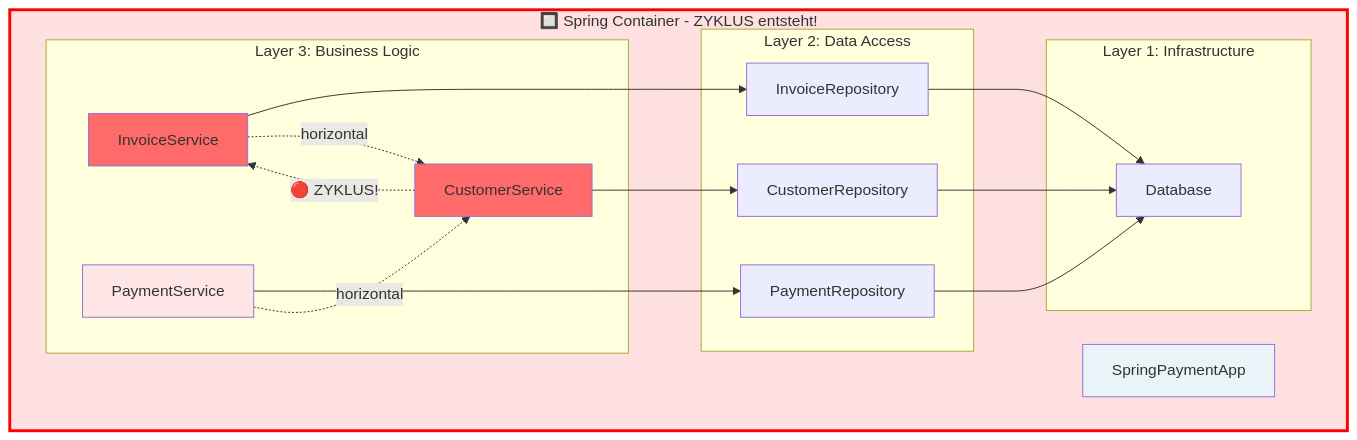
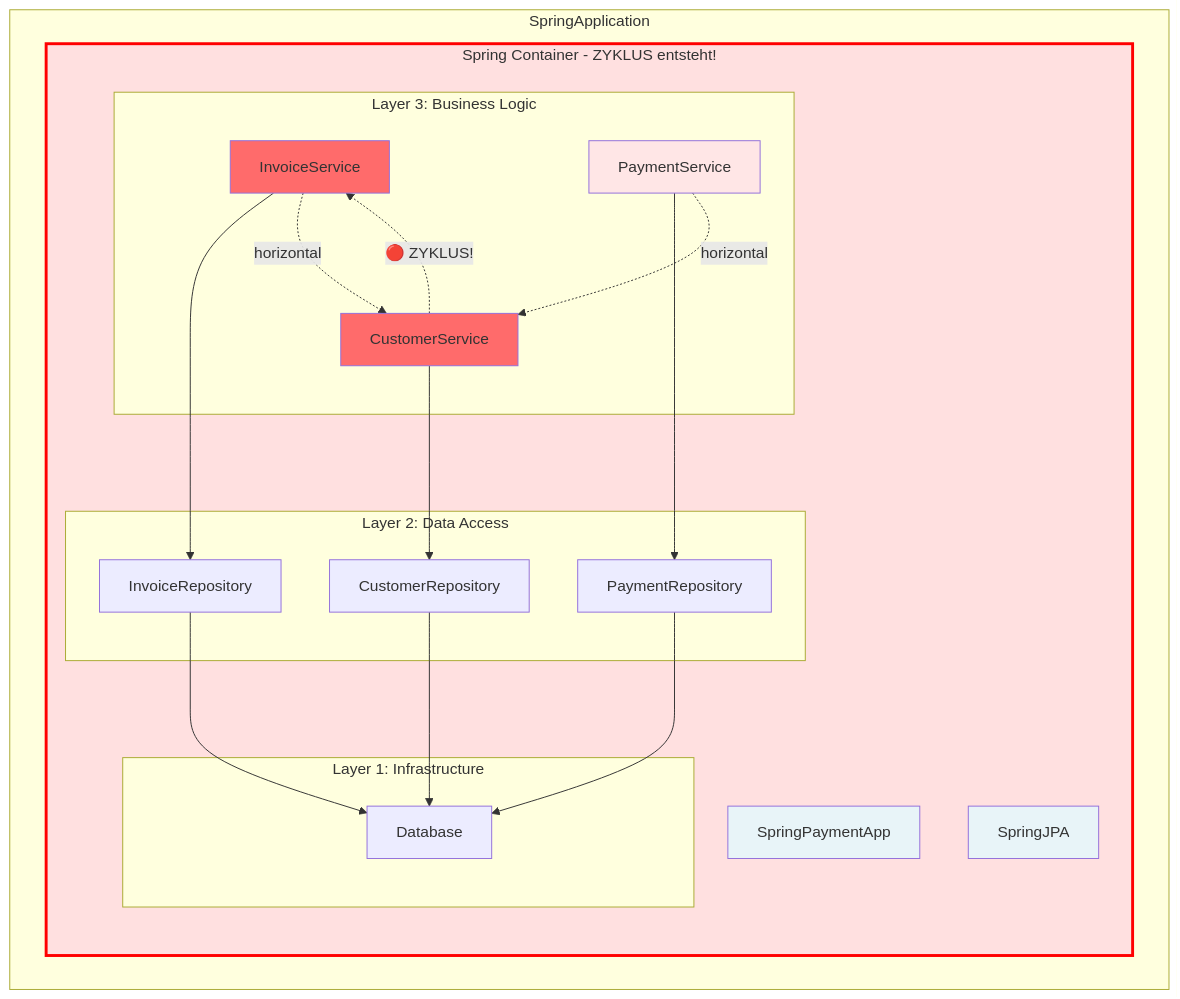
The third of 4 diagrams in blog/_draft/000_notes.md (andreas-wagner-dev/object-oriented-learning-journey), drawn with Mermaid before and after one commit. The commit also changed other lines of this file, not shown here.

````diff
--- a/blog/_draft/000_notes.md
+++ b/blog/_draft/000_notes.md
@@ -167,41 +184,48 @@
 ```mermaid
 graph TB
-    subgraph Container["🔲 Spring Container - ZYKLUS entsteht!"]
-        App[SpringPaymentApp]
-        
-        subgraph L3["Layer 3: Business Logic"]
-            Invoice[InvoiceService]
-            Payment[PaymentService]
-            Customer[CustomerService]
-        end
-        
-        subgraph L2["Layer 2: Data Access"]
-            InvoiceRepo[InvoiceRepository]
-            PaymentRepo[PaymentRepository]
-            CustomerRepo[CustomerRepository]
-        end
-        
-        subgraph L1["Layer 1: Infrastructure"]
-            DB[Database]
+
+    subgraph Spring["SpringApplication"]
+
+        subgraph Container["Spring Container - ZYKLUS entsteht!"]
+    
+            App[SpringPaymentApp]
+            ORM[SpringJPA]
+            
+            subgraph L3["Layer 3: Business Logic"]
+                Invoice[InvoiceService]
+                Payment[PaymentService]
+                Customer[CustomerService]
+            end
+            
+            subgraph L2["Layer 2: Data Access"]
+                InvoiceRepo[InvoiceRepository]
+                PaymentRepo[PaymentRepository]
+                CustomerRepo[CustomerRepository]
+            end
+            
+            subgraph L1["Layer 1: Infrastructure"]
+                DB[Database]
+            end
         end
     end
-    
+
     Invoice --> InvoiceRepo
     Invoice -.->|horizontal| Customer
     
     Payment --> PaymentRepo
     Payment -.->|horizontal| Customer
     
     Customer --> CustomerRepo
     Customer -.->|🔴 ZYKLUS!| Invoice
     
     InvoiceRepo --> DB
     PaymentRepo --> DB
     CustomerRepo --> DB
     
-    style App fill:#e8f4f8
     style Invoice fill:#ff6b6b
     style Customer fill:#ff6b6b
     style Payment fill:#ffe6e6
+    style App fill:#e8f4f8
+    style ORM fill:#e8f4f8
     style Container fill:#ffe0e0,stroke:#ff0000,stroke-width:3px
 ```
````
